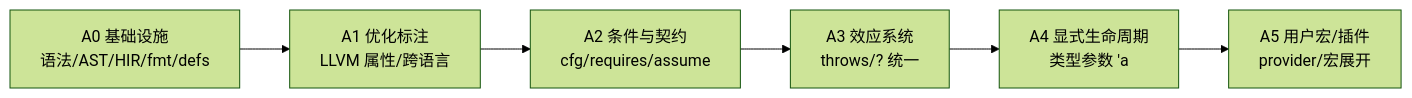
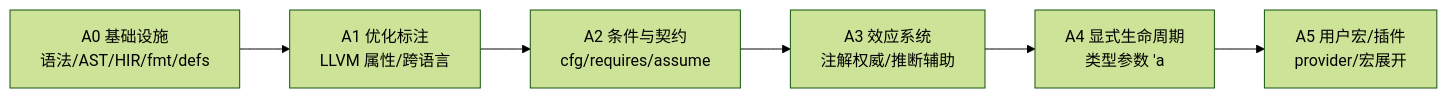
One commit to ayanami1ei/Ayanami-language changed the third of 4 diagrams in docs/knowledge-graph.md. Above: the diagram before and after it, drawn with Mermaid (forest theme). The commit also changed other lines of this file and 1 other file, not shown here.

Commit message:
docs(A3): 效应系统定稿——注解权威/推断辅助/无 unknown
- 允许多/少声明；硬性出入定位到调用点，--verify-effects 升级为错误
- 泛型效应标注作用于定义、实例继承
- U1–U4 利用路线：自动 LLVM 属性 / ? 消除 / .lcl 摘要 / 编译期折叠
- ADR-9/10/11；A3 里程碑 A3a–A3d

````diff
--- a/docs/knowledge-graph.md
+++ b/docs/knowledge-graph.md
@@ -73,8 +73,8 @@
 ```mermaid
 graph LR
     A0[A0 基础设施<br/>语法/AST/HIR/fmt/defs] --> A1[A1 优化标注<br/>LLVM 属性/跨语言]
     A1 --> A2[A2 条件与契约<br/>cfg/requires/assume]
-    A2 --> A3[A3 效应系统<br/>throws/? 统一]
+    A2 --> A3[A3 效应系统<br/>注解权威/推断辅助]
     A3 --> A4[A4 显式生命周期<br/>类型参数 'a]
     A4 --> A5[A5 用户宏/插件<br/>provider/宏展开]
 ```
````
